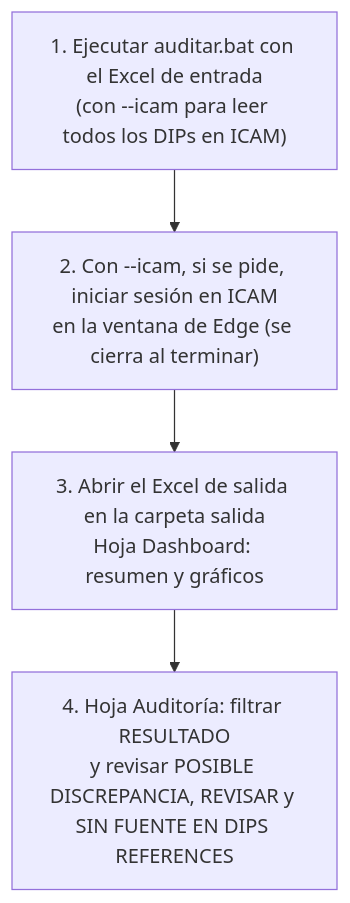
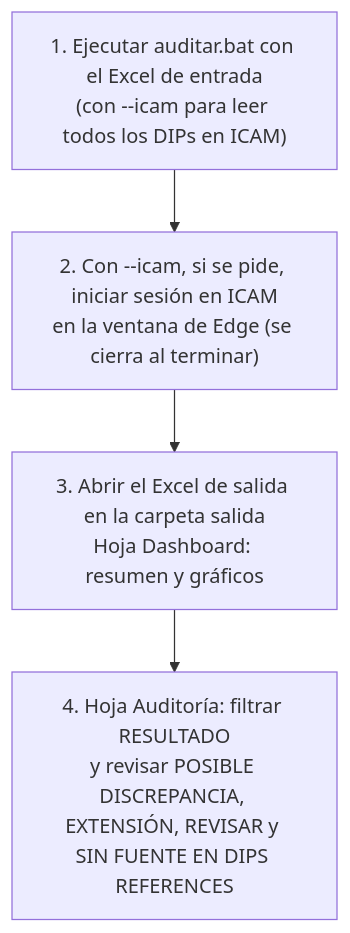
Before and after one commit to lviloriabas/dips: the second of 9 diagrams in docs/proceso.md, drawn with Mermaid. The commit also changed other lines of this file and 16 other files, not shown here.

Commit message:
Clasifica los DIPs extendidos como extensión para revisión

````diff
--- a/docs/proceso.md
+++ b/docs/proceso.md
@@ -54,7 +54,7 @@
 ```mermaid
 flowchart TD
     A["1. Ejecutar auditar.bat con el Excel de entrada<br/>(con --icam para leer todos los DIPs en ICAM)"] --> B
     B["2. Con --icam, si se pide, iniciar sesión en ICAM<br/>en la ventana de Edge (se cierra al terminar)"] --> C
     C["3. Abrir el Excel de salida en la carpeta salida<br/>Hoja Dashboard: resumen y gráficos"] --> D
-    D["4. Hoja Auditoría: filtrar RESULTADO<br/>y revisar POSIBLE DISCREPANCIA, REVISAR y SIN FUENTE EN DIPS REFERENCES"]
+    D["4. Hoja Auditoría: filtrar RESULTADO<br/>y revisar POSIBLE DISCREPANCIA, EXTENSIÓN, REVISAR y SIN FUENTE EN DIPS REFERENCES"]
 ```
````
